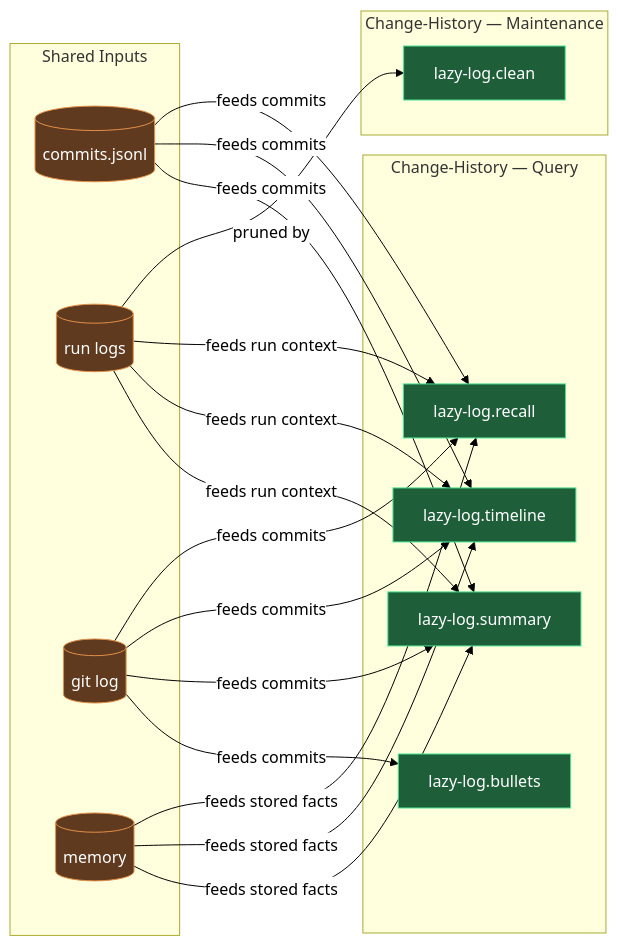
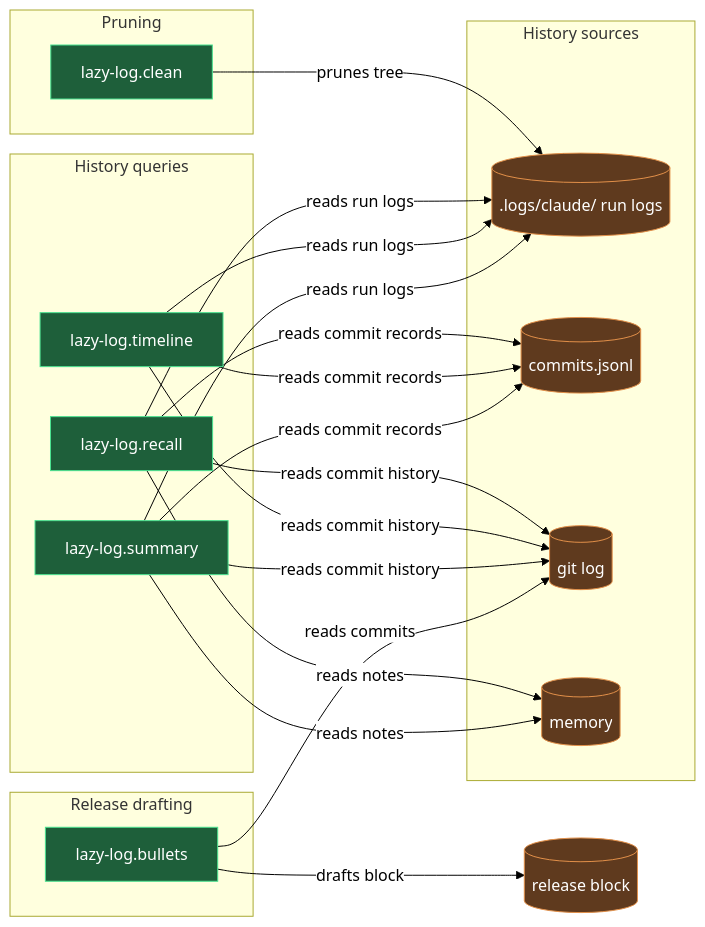
One commit to mebius-san/lazy-cortex changed the diagram in plugins/claude/lazycortex-core/help/change-history.md. Above: the diagram before and after it, drawn with Mermaid. The commit also changed other lines of this file and 233 other files, not shown here.

Commit message:
release lazycortex-core 11.1.0, lazycortex-diagram 2.0.4, lazycortex-experts 1.10.1, lazycortex-observe 2.2.7, lazycortex-obsidian 6.2.1, lazycortex-python 4.13.1, lazycortex-review 6.14.1, lazycortex-specs 11.0.0, lazycortex-wiki 3.7.2

````diff
--- a/plugins/claude/lazycortex-core/help/change-history.md
+++ b/plugins/claude/lazycortex-core/help/change-history.md
@@ -67,51 +67,54 @@
 ```mermaid
 %%{init: {'themeVariables':{'background':'transparent','lineColor':'#000','textColor':'#000','edgeLabelBackground':'#fff'},'themeCSS':'.edgeLabel{background-color:transparent!important}.edgeLabel p{background-color:transparent!important}','flowchart':{'diagramPadding':5,'useMaxWidth':true}}}%%
 flowchart LR
-  subgraph inputs [Shared Inputs]
-    commitsJsonl[(commits.jsonl)]
-    runLogs[(run logs)]
-    gitLog[(git log)]
-    memory[(memory)]
+  subgraph pruning ["Pruning"]
+    logClean["lazy-log.clean"]
   end
 
-  subgraph maintenance [Change-History — Maintenance]
-    logClean[lazy-log.clean]
+  subgraph historyQueries ["History queries"]
+    logRecall["lazy-log.recall"]
+    logTimeline["lazy-log.timeline"]
+    logSummary["lazy-log.summary"]
   end
 
-  subgraph queryAgents [Change-History — Query]
-    logRecall[lazy-log.recall]
-    logTimeline[lazy-log.timeline]
-    logSummary[lazy-log.summary]
-    logBullets[lazy-log.bullets]
+  subgraph releaseDrafting ["Release drafting"]
+    logBullets["lazy-log.bullets"]
   end
 
-  runLogs -->|pruned by| logClean
+  subgraph sources ["History sources"]
+    runLogs[(".logs/claude/ run logs")]
+    commitsJsonl[("commits.jsonl")]
+    gitLog[("git log")]
+    memory[("memory")]
+  end
 
-  commitsJsonl -->|feeds commits| logRecall
-  commitsJsonl -->|feeds commits| logTimeline
-  commitsJsonl -->|feeds commits| logSummary
-  runLogs -->|feeds run context| logRecall
-  runLogs -->|feeds run context| logTimeline
-  runLogs -->|feeds run context| logSummary
-  gitLog -->|feeds commits| logRecall
-  gitLog -->|feeds commits| logTimeline
-  gitLog -->|feeds commits| logSummary
-  memory -->|feeds stored facts| logRecall
-  memory -->|feeds stored facts| logTimeline
-  memory -->|feeds stored facts| logSummary
-  gitLog -->|feeds commits| logBullets
+  releaseBlock[("release block")]
 
-  classDef entry fill:#1e3a5f,stroke:#4a90e2,color:#fff
+  logClean -->|prunes tree| runLogs
+  logRecall -->|reads run logs| runLogs
+  logRecall -->|reads commit records| commitsJsonl
+  logRecall -->|reads commit history| gitLog
+  logRecall -->|reads notes| memory
+  logTimeline -->|reads run logs| runLogs
+  logTimeline -->|reads commit records| commitsJsonl
+  logTimeline -->|reads commit history| gitLog
+  logSummary -->|reads run logs| runLogs
+  logSummary -->|reads commit records| commitsJsonl
+  logSummary -->|reads commit history| gitLog
+  logSummary -->|reads notes| memory
+  logBullets -->|reads commits| gitLog
+  logBullets -->|drafts block| releaseBlock
+
   classDef action fill:#1e5f3a,stroke:#4ae290,color:#fff
   classDef store fill:#5f3a1e,stroke:#e2904a,color:#fff
-
   class logClean action
   class logRecall action
   class logTimeline action
   class logSummary action
   class logBullets action
+  class runLogs store
   class commitsJsonl store
-  class runLogs store
   class gitLog store
   class memory store
+  class releaseBlock store
 ```
````
